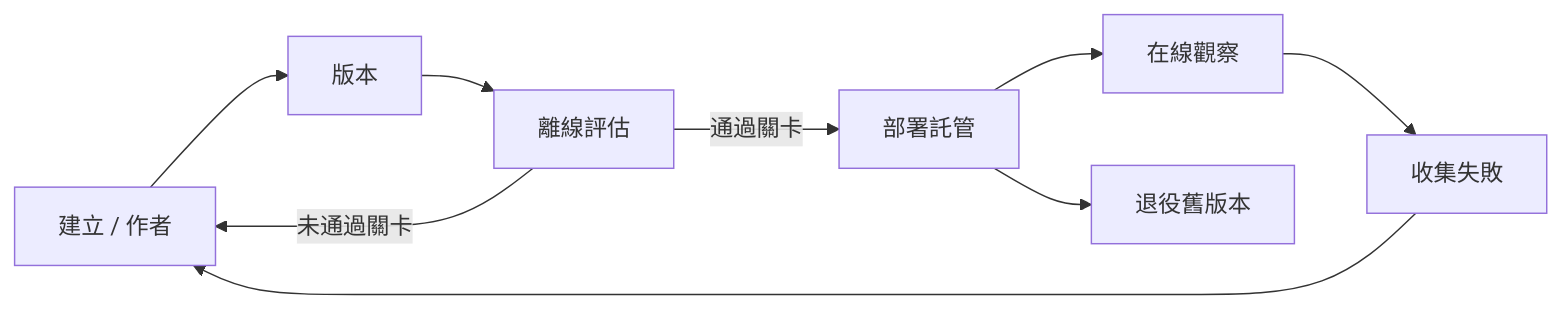
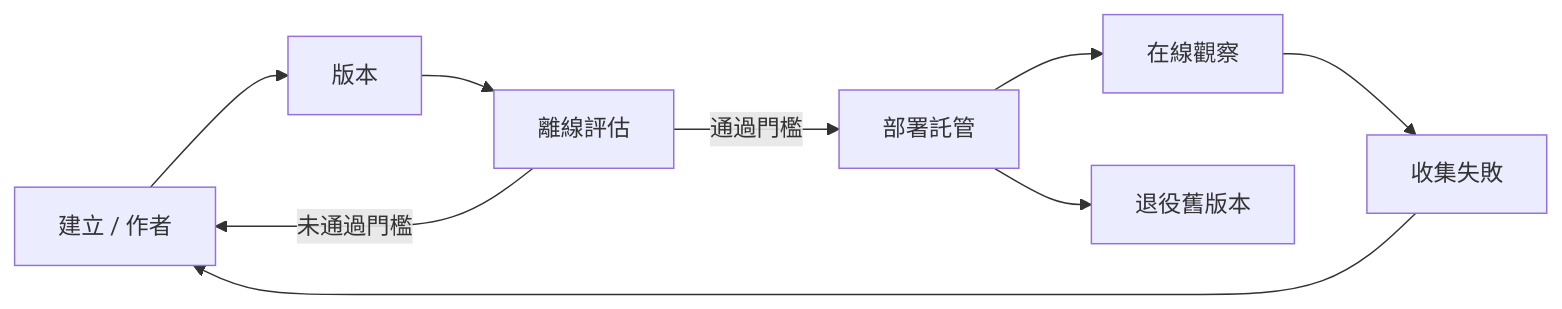
The second of 4 diagrams in translations/zh-TW/16-deploying-scalable-agents/README.md (microsoft/ai-agents-for-beginners), drawn with Mermaid before and after one commit. The commit also changed other lines of this file and 44 other files, not shown here.

````diff
--- a/translations/zh-TW/16-deploying-scalable-agents/README.md
+++ b/translations/zh-TW/16-deploying-scalable-agents/README.md
@@ -108,11 +108,11 @@
 ```mermaid
 flowchart LR
     Create[建立 / 作者] --> Version[版本]
     Version --> Evaluate[離線評估]
-    Evaluate -->|通過關卡| Deploy[部署託管]
-    Evaluate -->|未通過關卡| Create
+    Evaluate -->|通過門檻| Deploy[部署託管]
+    Evaluate -->|未通過門檻| Create
     Deploy --> Observe[在線觀察]
     Observe --> Improve[收集失敗]
     Improve --> Create
     Deploy --> Retire[退役舊版本]
 ```
````
